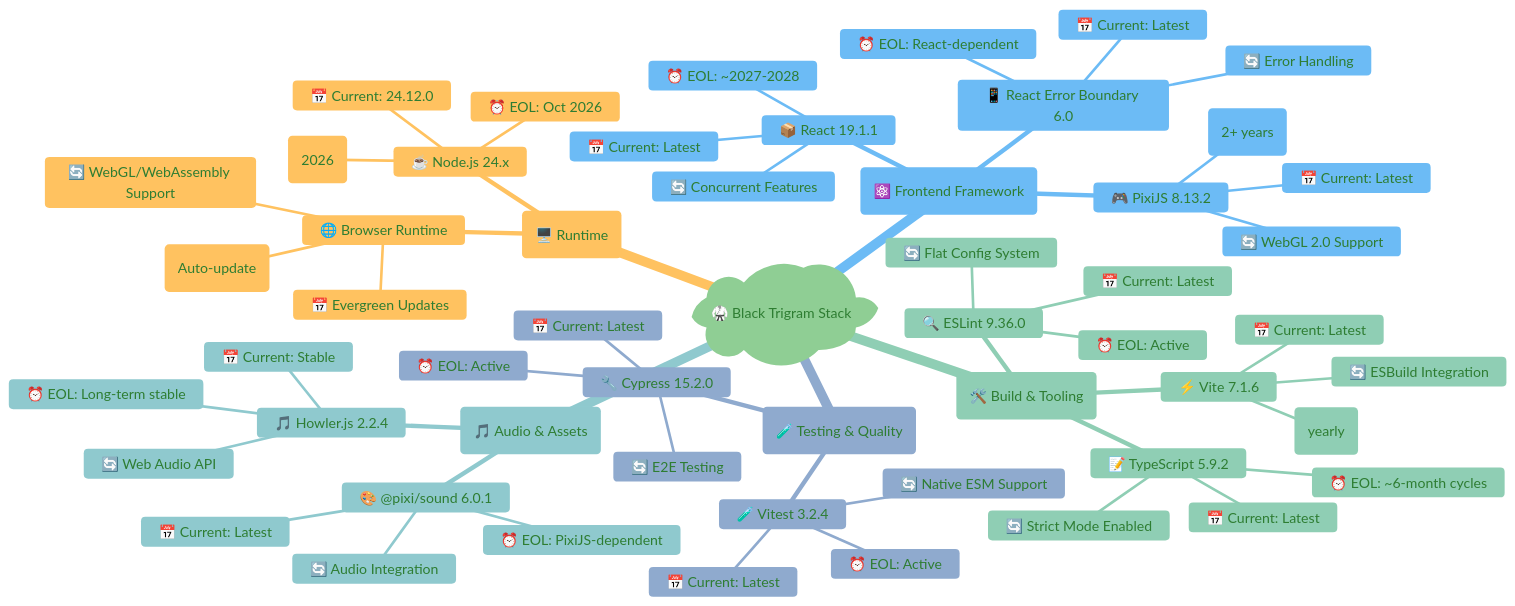
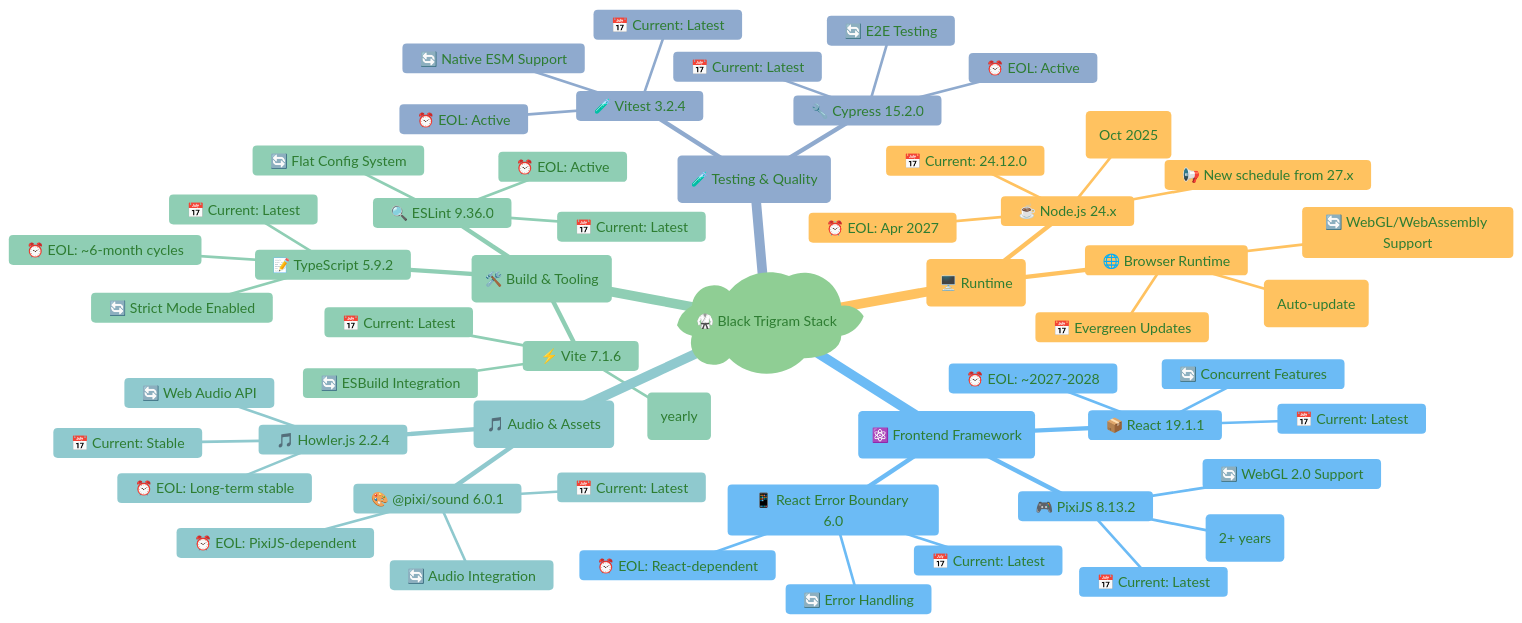
The first of 8 diagrams in End-of-Life-Strategy.md (Hack23/blacktrigram), drawn with Mermaid before and after one commit. The commit also changed other lines of this file and 2 other files, not shown here.

First line of the commit message:
Update End-of-Life-Strategy.md with new Node.js release schedule and create FinancialSecurityPlan.md

````diff
--- a/End-of-Life-Strategy.md
+++ b/End-of-Life-Strategy.md
@@ -51,69 +51,70 @@
 ```mermaid
 %%{
   init: {
     'theme': 'base',
     'themeVariables': {
       'primaryColor': '#e8f5e9',
       'primaryTextColor': '#2e7d32',
       'lineColor': '#4caf50',
       'secondaryColor': '#fff3e0',
       'tertiaryColor': '#e3f2fd'
     }
   }
 }%%
 mindmap
   root)🥋 Black Trigram Stack(
     (🖥️ Runtime)
       ☕ Node.js 24.x
         📅 Current: 24.12.0
-        ⏰ EOL: Oct 2026
-        🔄 Next LTS: 26.x (2026)
+        ⏰ EOL: Apr 2027
+        🔄 Next LTS: 26.x (Oct 2025)
+        📢 New schedule from 27.x
       🌐 Browser Runtime
         📅 Evergreen Updates
         ⏰ EOL: N/A (Auto-update)
         🔄 WebGL/WebAssembly Support
     (⚛️ Frontend Framework)
       📦 React 19.1.1
         📅 Current: Latest
         ⏰ EOL: ~2027-2028
         🔄 Concurrent Features
       🎮 PixiJS 8.13.2
         📅 Current: Latest
         ⏰ EOL: Active (2+ years)
         🔄 WebGL 2.0 Support
       📱 React Error Boundary 6.0
         📅 Current: Latest
         ⏰ EOL: React-dependent
         🔄 Error Handling
     (🛠️ Build & Tooling)
       ⚡ Vite 7.1.6
         📅 Current: Latest
         ⏰ EOL: Active (yearly)
         🔄 ESBuild Integration
       📝 TypeScript 5.9.2
         📅 Current: Latest
         ⏰ EOL: ~6-month cycles
         🔄 Strict Mode Enabled
       🔍 ESLint 9.36.0
         📅 Current: Latest
         ⏰ EOL: Active
         🔄 Flat Config System
     (🎵 Audio & Assets)
       🎵 Howler.js 2.2.4
         📅 Current: Stable
         ⏰ EOL: Long-term stable
         🔄 Web Audio API
       🎨 @pixi/sound 6.0.1
         📅 Current: Latest
         ⏰ EOL: PixiJS-dependent
         🔄 Audio Integration
     (🧪 Testing & Quality)
       🧪 Vitest 3.2.4
         📅 Current: Latest
         ⏰ EOL: Active
         🔄 Native ESM Support
       🔧 Cypress 15.2.0
         📅 Current: Latest
         ⏰ EOL: Active
         🔄 E2E Testing
 ```
````
